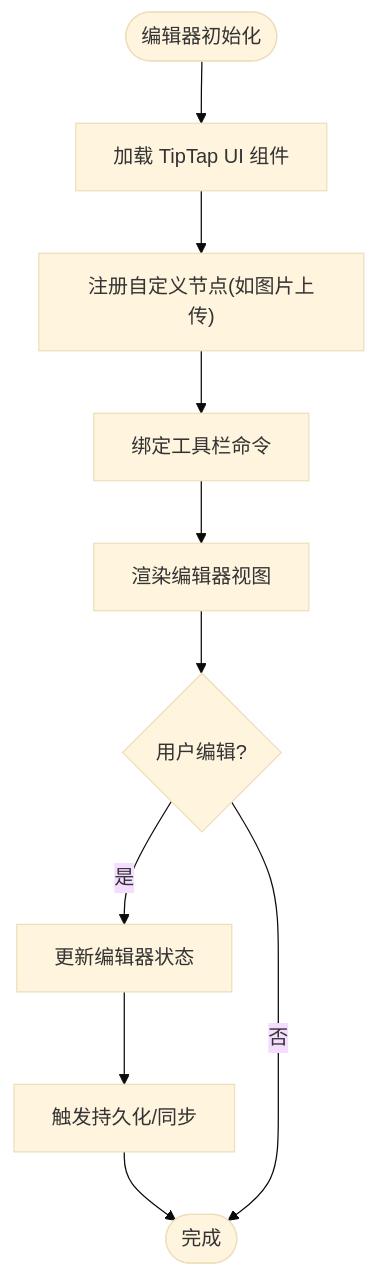
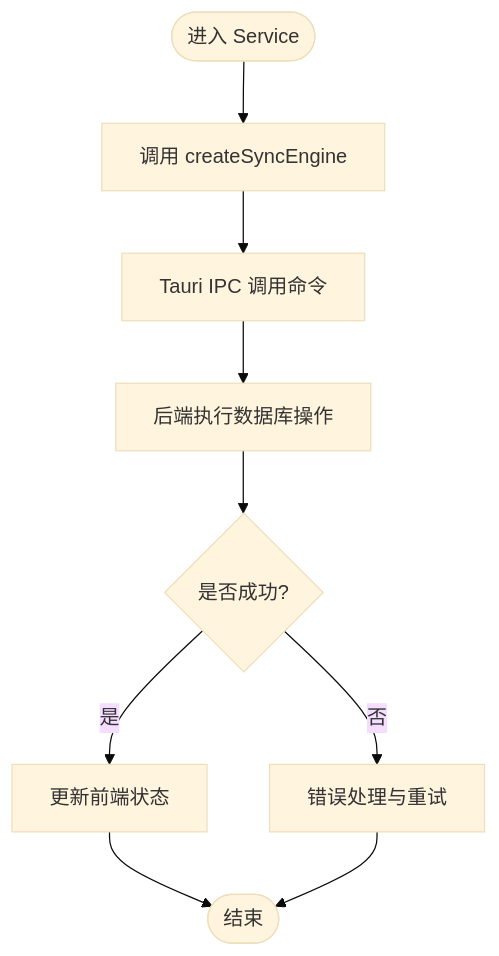
The third of 5 diagrams in .qoder/repowiki/zh/content/项目概述/技术栈概览.md (gzdxhujiale/FishWorker), drawn with Mermaid (base theme) before and after one commit. The commit also changed other lines of this file and 238 other files, not shown here.

````diff
--- a/.qoder/repowiki/zh/content/项目概述/技术栈概览.md
+++ b/.qoder/repowiki/zh/content/项目概述/技术栈概览.md
@@ -224,12 +190,11 @@
 ```mermaid
 flowchart TD
-Start(["编辑器初始化"]) --> LoadUI["加载 TipTap UI 组件"]
-LoadUI --> RegisterNodes["注册自定义节点(如图片上传)"]
-RegisterNodes --> BindCommands["绑定工具栏命令"]
-BindCommands --> Render["渲染编辑器视图"]
-Render --> UserEdit{"用户编辑?"}
-UserEdit --> |是| UpdateState["更新编辑器状态"]
-UpdateState --> Persist["触发持久化/同步"]
-Persist --> End(["完成"])
-UserEdit --> |否| End
+Start(["进入 Service"]) --> CallSync["调用 createSyncEngine"]
+CallSync --> IPC["Tauri IPC 调用命令"]
+IPC --> DBAccess["后端执行数据库操作"]
+DBAccess --> Result{"是否成功?"}
+Result --> |是| UpdateState["更新前端状态"]
+Result --> |否| HandleError["错误处理与重试"]
+UpdateState --> End(["结束"])
+HandleError --> End
 ```
````
